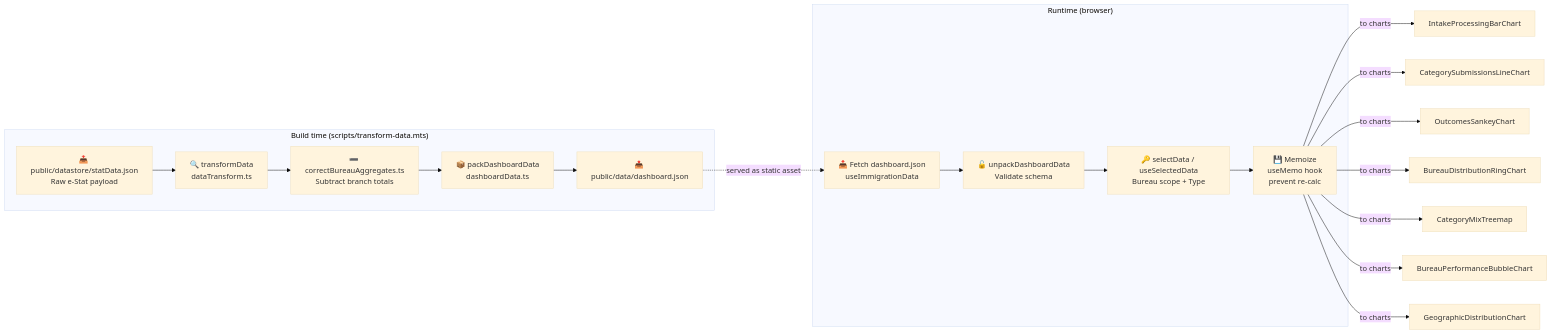
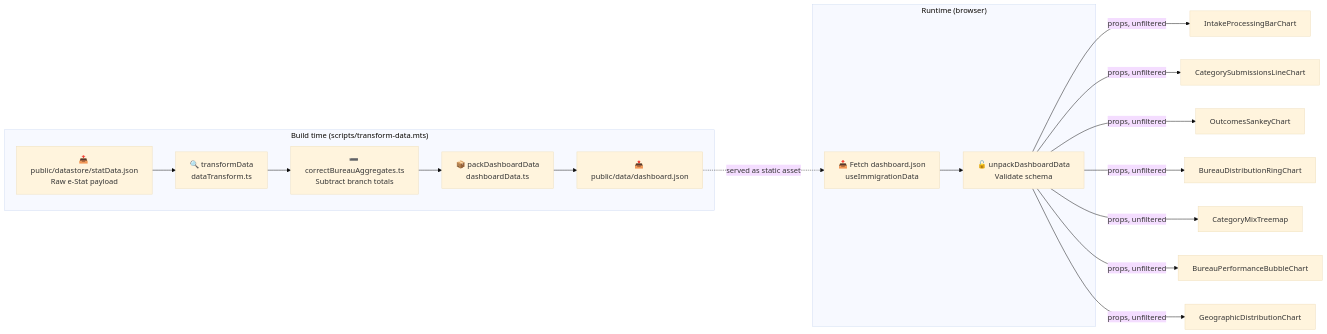
One commit to RetroHazard/JP_Immigration_Dashboard changed the eighth of 16 diagrams in ARCHITECTURE.md. Above: the diagram before and after it, drawn with Mermaid (base theme). The commit also changed other lines of this file and 4 other files, not shown here.

````diff
--- a/ARCHITECTURE.md
+++ b/ARCHITECTURE.md
@@ -333,36 +340,32 @@
 ```mermaid
 graph LR
     subgraph "Build time (scripts/transform-data.mts)"
         RAW["📥 public/datastore/statData.json<br/>Raw e-Stat payload"]
         FLATTEN["🔍 transformData<br/>dataTransform.ts"]
         CORRECT["➖ correctBureauAggregates.ts<br/>Subtract branch totals"]
         PACK["📦 packDashboardData<br/>dashboardData.ts"]
         OUT["📤 public/data/dashboard.json"]
         
         RAW --> FLATTEN
         FLATTEN --> CORRECT
         CORRECT --> PACK
         PACK --> OUT
     end
     
     subgraph "Runtime (browser)"
         FETCH["📥 Fetch dashboard.json<br/>useImmigrationData"]
         UNPACK["🔓 unpackDashboardData<br/>Validate schema"]
-        FILTER["🔑 selectData / useSelectedData<br/>Bureau scope + Type"]
-        CACHE["💾 Memoize<br/>useMemo hook<br/>prevent re-calc"]
         
         FETCH --> UNPACK
-        UNPACK --> FILTER
-        FILTER --> CACHE
     end
     
     OUT -.->|served as static asset| FETCH
     
-    CACHE -->|to charts| INTAKE["IntakeProcessingBarChart"]
-    CACHE -->|to charts| TYPES["CategorySubmissionsLineChart"]
-    CACHE -->|to charts| OUTCOMES["OutcomesSankeyChart"]
-    CACHE -->|to charts| SHARE["BureauDistributionRingChart"]
-    CACHE -->|to charts| MIX["CategoryMixTreemap"]
-    CACHE -->|to charts| EFFICIENCY["BureauPerformanceBubbleChart"]
-    CACHE -->|to charts| MAP["GeographicDistributionChart"]
+    UNPACK -->|props, unfiltered| INTAKE["IntakeProcessingBarChart"]
+    UNPACK -->|props, unfiltered| TYPES["CategorySubmissionsLineChart"]
+    UNPACK -->|props, unfiltered| OUTCOMES["OutcomesSankeyChart"]
+    UNPACK -->|props, unfiltered| SHARE["BureauDistributionRingChart"]
+    UNPACK -->|props, unfiltered| MIX["CategoryMixTreemap"]
+    UNPACK -->|props, unfiltered| EFFICIENCY["BureauPerformanceBubbleChart"]
+    UNPACK -->|props, unfiltered| MAP["GeographicDistributionChart"]
 ```
````
